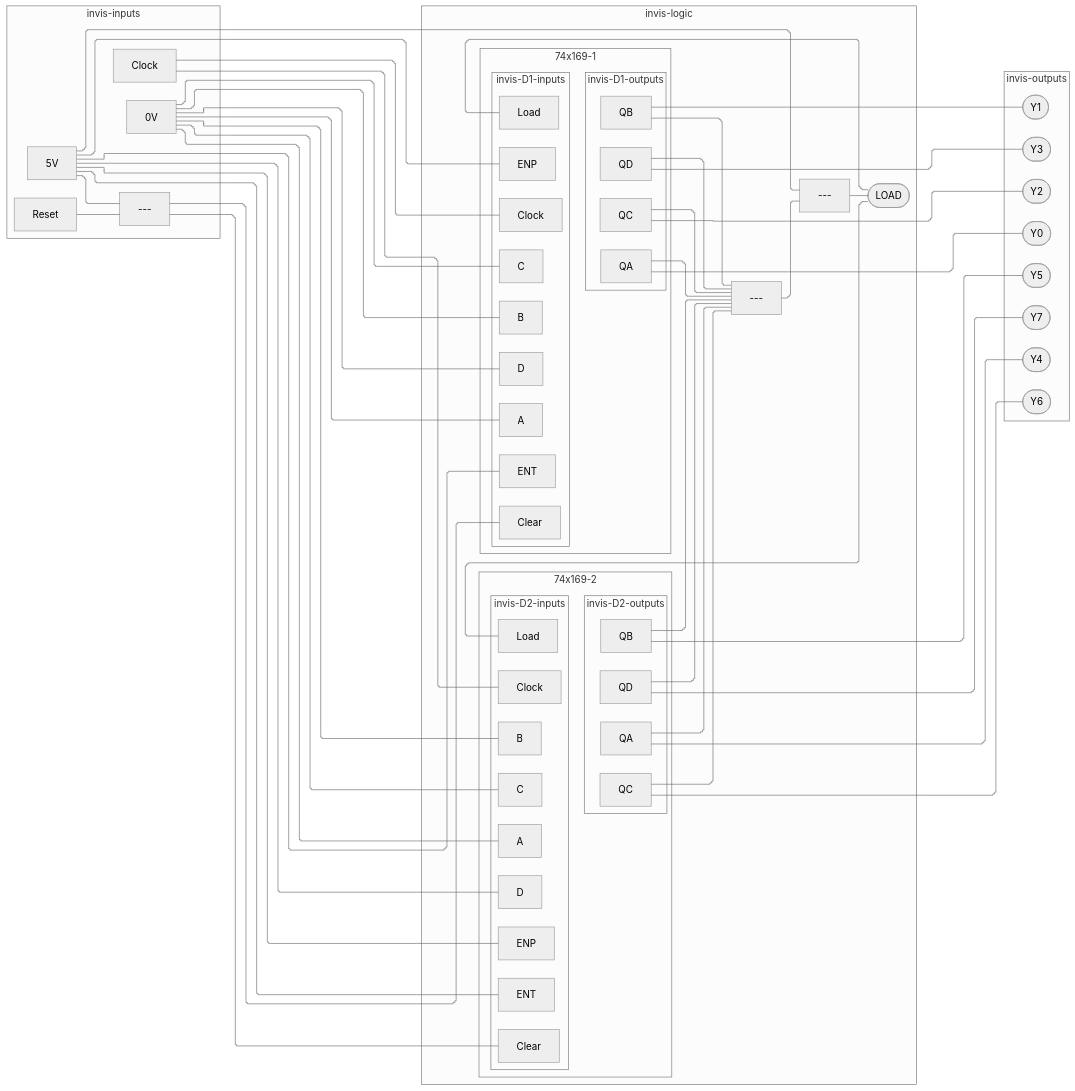
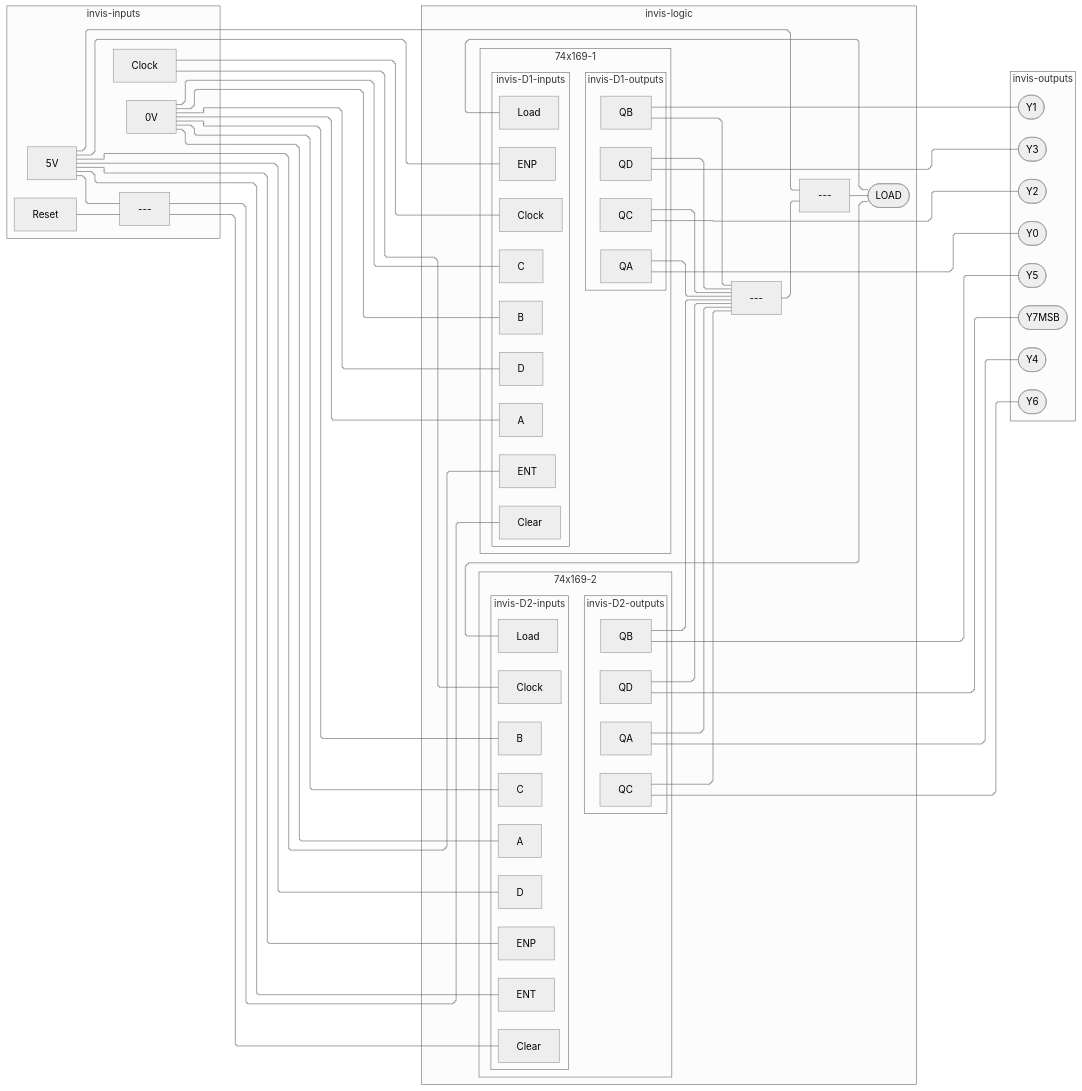
The seventh of 7 diagrams in CSDS 281 - Logic Design/HW/8/Tables.md (tnichols217/notes), drawn with Mermaid (neutral theme) before and after one commit. The commit also changed other lines of this file and 2 other files, not shown here.

Commit message:
vault backup: 2024-04-05 02:02:51

````diff
--- a/CSDS 281 - Logic Design/HW/8/Tables.md
+++ b/CSDS 281 - Logic Design/HW/8/Tables.md
@@ -327,77 +327,77 @@
 ```mermaid
 %%{ init: { 'flowchart': { 'curve': 'stepBefore', "defaultRenderer": "elk" } } }%%
 flowchart LR
 subgraph invis-inputs
 	Clock
 	5V
 	0V
 	Reset
 	Reset & 5V --- xor1[---]
 end
 subgraph invis-logic
 	subgraph 74x169-1
 		subgraph invis-D1-inputs
 			D1c[Clock]
 			D1CLR[Clear]
 			D1LD[Load]
 			D1ENP[ENP]
 			D1ENT[ENT]
 			D1A[A]
 			D1B[B]
 			D1C[C]
 			D1D[D]
 		end
 		Clock --- D1c
 		xor1 --- D1CLR
 		subgraph invis-D1-outputs
 			Q1A[QA]
 			Q1B[QB]
 			Q1C[QC]
 			Q1D[QD]
 		end
 		invis-D1-inputs ~~~ invis-D1-outputs
 	end
 	subgraph 74x169-2
 		subgraph invis-D2-inputs
 			D2c[Clock]
 			D2CLR[Clear]
 			D2LD[Load]
 			D2ENP[ENP]
 			D2ENT[ENT]
 			D2A[A]
 			D2B[B]
 			D2C[C]
 			D2D[D]
 		end
 		Clock --- D2c
 		xor1 --- D2CLR
 		subgraph invis-D2-outputs
 			Q2A[QA]
 			Q2B[QB]
 			Q2C[QC]
 			Q2D[QD]
 		end
 		invis-D2-inputs ~~~ invis-D2-outputs
 	end
 	5V --- D1ENP & D1ENT
 	5V --- D2ENP & D2ENT
 	Q1A & Q1B & Q1C & Q1D & Q2A & Q2B & Q2C & Q2D
 		--- nor1[---]
 	5V & nor1 --- xor2[---]
 	xor2 --- RLD([LOAD])
 	RLD --- D1LD & D2LD
 	0V --- D1A & D1B & D1C & D1D & D2A & D2B & D2C
 	5V --- D2D
 end
 subgraph invis-outputs
 	Q1A --- Y0([Y0])
 	Q1B --- Y1([Y1])
 	Q1C --- Y2([Y2])
 	Q1D --- Y3([Y3])
 	Q2A --- Y4([Y4])
 	Q2B --- Y5([Y5])
 	Q2C --- Y6([Y6])
-	Q2D --- Y7([Y7])
+	Q2D --- Y7([Y7MSB])
 end
 invis-inputs ~~~ invis-logic ~~~ invis-outputs
 ```
````
